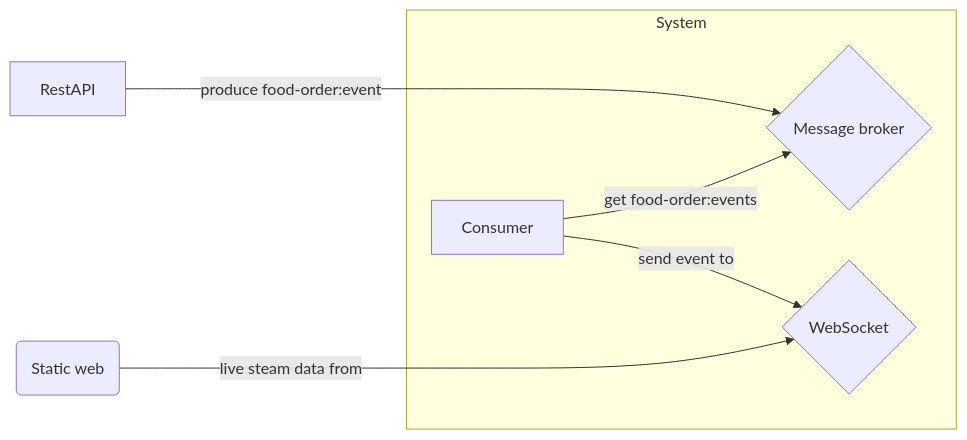
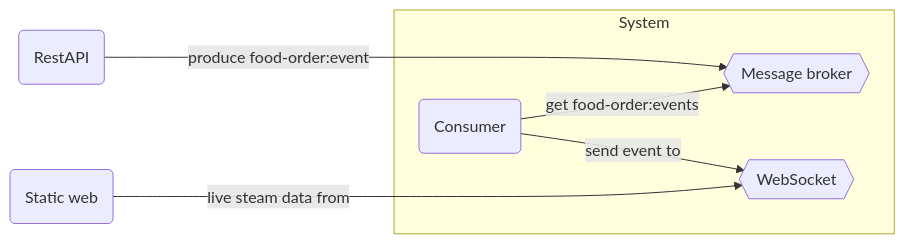
Before and after one commit to Armando-Torres/event-driven: the diagram in README.md, drawn with Mermaid.

Commit message:
Mermaid shapes changes to increase legibility

````diff
--- a/README.md
+++ b/README.md
@@ -36,12 +36,12 @@
 ```mermaid
 graph LR
-    A[RestAPI] -- produce food-order:event ----> B{Message broker}
+    A(RestAPI) -- produce food-order:event ----> B{{Message broker}}
 
     subgraph System
-        C[Consumer] -- send event to --> D{WebSocket}
+        C(Consumer) -- send event to --> D{{WebSocket}}
         C -- get food-order:events --> B
     end
 
     E(Static web) -- live steam data from ----> D
 
 ```
````
